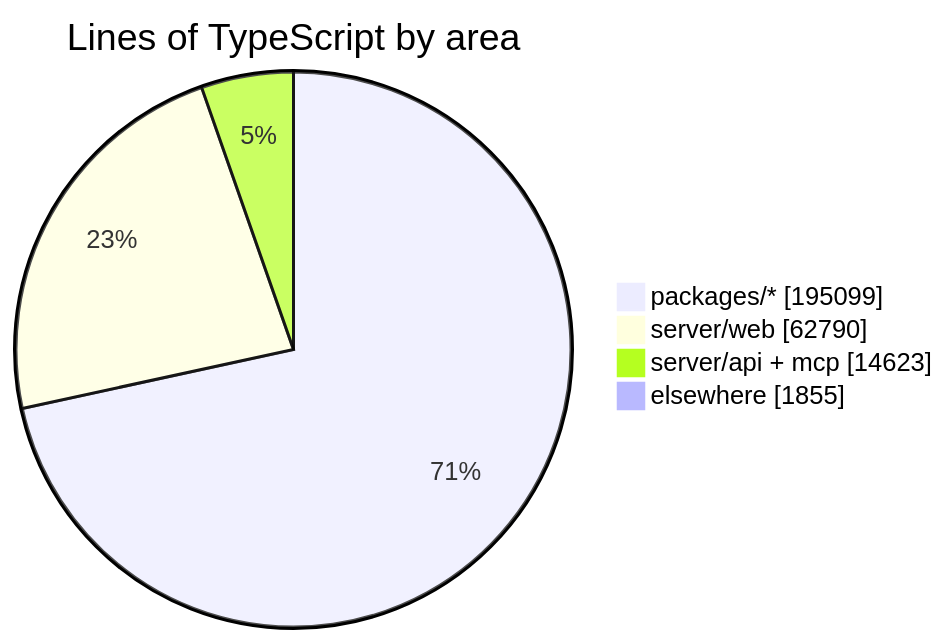
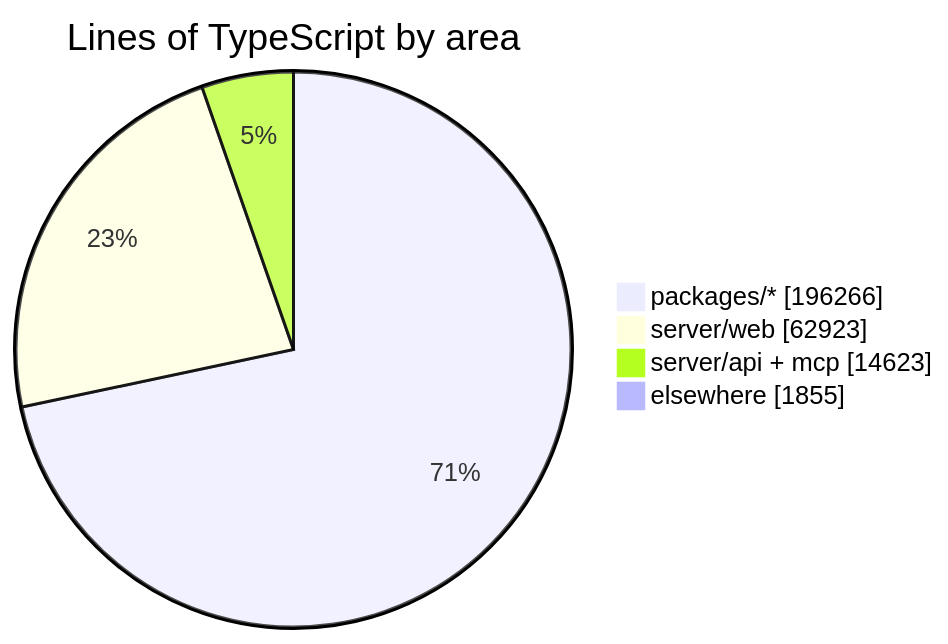
The diagram in README.md (crossworks-engineering/mantle), drawn with Mermaid before and after one commit. The commit also changed other lines of this file and 2 other files, not shown here.

````diff
--- a/README.md
+++ b/README.md
@@ -287,7 +287,7 @@
 ```mermaid
 pie showData title Lines of TypeScript by area
-    "packages/*" : 195099
-    "server/web" : 62790
+    "packages/*" : 196266
+    "server/web" : 62923
     "server/api + mcp" : 14623
     "elsewhere" : 1855
 ```
````
